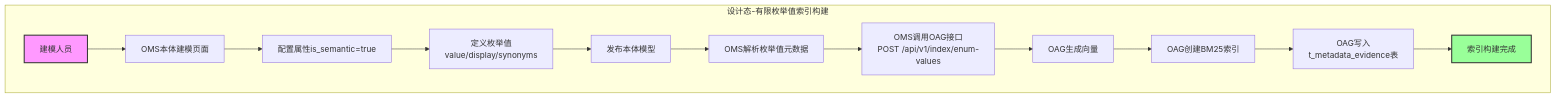
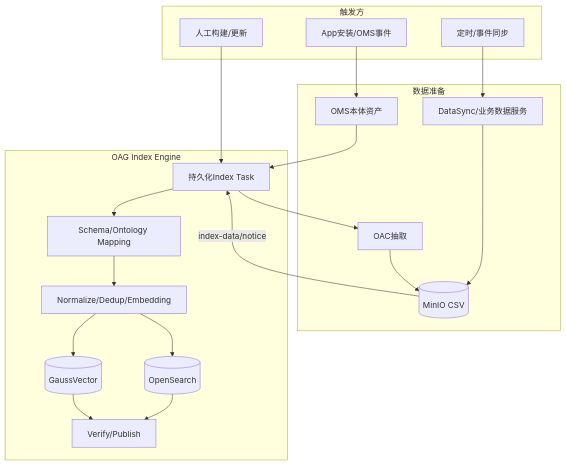
Before and after one commit to cfwl100/onology_dsl: the first of 2 diagrams in docs/需求分析Spec_本体维值建模与检索.md, drawn with Mermaid. The commit also changed other lines of this file, not shown here.

Commit message:
docs: align dimension value requirements with OAG V6.5

````diff
--- a/docs/需求分析Spec_本体维值建模与检索.md
+++ b/docs/需求分析Spec_本体维值建模与检索.md
@@ -123,18 +167,35 @@
 ```mermaid
 flowchart TD
-    subgraph 设计态-有限枚举值索引构建
-        A[建模人员] --> B[OMS本体建模页面]
-        B --> C[配置属性is_semantic=true]
-        C --> D[定义枚举值<br/>value/display/synonyms]
-        D --> E[发布本体模型]
-        E --> F[OMS解析枚举值元数据]
-        F --> G[OMS调用OAG接口<br/>POST /api/v1/index/enum-values]
-        G --> H[OAG生成向量]
-        H --> I[OAG创建BM25索引]
-        I --> J[OAG写入<br/>t_metadata_evidence表]
-        J --> K[索引构建完成]
+    subgraph Trigger[触发方]
+      APP[App安装/OMS事件]
+      MANUAL[人工构建/更新]
+      SYNC[定时/事件同步]
     end
 
-    style A fill:#f9f,stroke:#333,stroke-width:2px
-    style K fill:#9f9,stroke:#333,stroke-width:2px
+    subgraph Source[数据准备]
+      OMS[OMS本体资产]
+      OAC[OAC抽取]
+      BUS[DataSync/业务数据服务]
+      MINIO[(MinIO CSV)]
+    end
+
+    subgraph OAG[OAG Index Engine]
+      TASK[持久化Index Task]
+      VALIDATE[Schema/Ontology Mapping]
+      PIPE[Normalize/Dedup/Embedding]
+      GV[(GaussVector)]
+      OS[(OpenSearch)]
+      PUB[Verify/Publish]
+    end
+
+    APP --> OMS --> TASK
+    MANUAL --> TASK --> OAC
+    OAC --> MINIO
+    SYNC --> BUS --> MINIO
+    MINIO -->|index-data/notice| TASK
+    TASK --> VALIDATE --> PIPE
+    PIPE --> GV
+    PIPE --> OS
+    GV --> PUB
+    OS --> PUB
 ```
````
